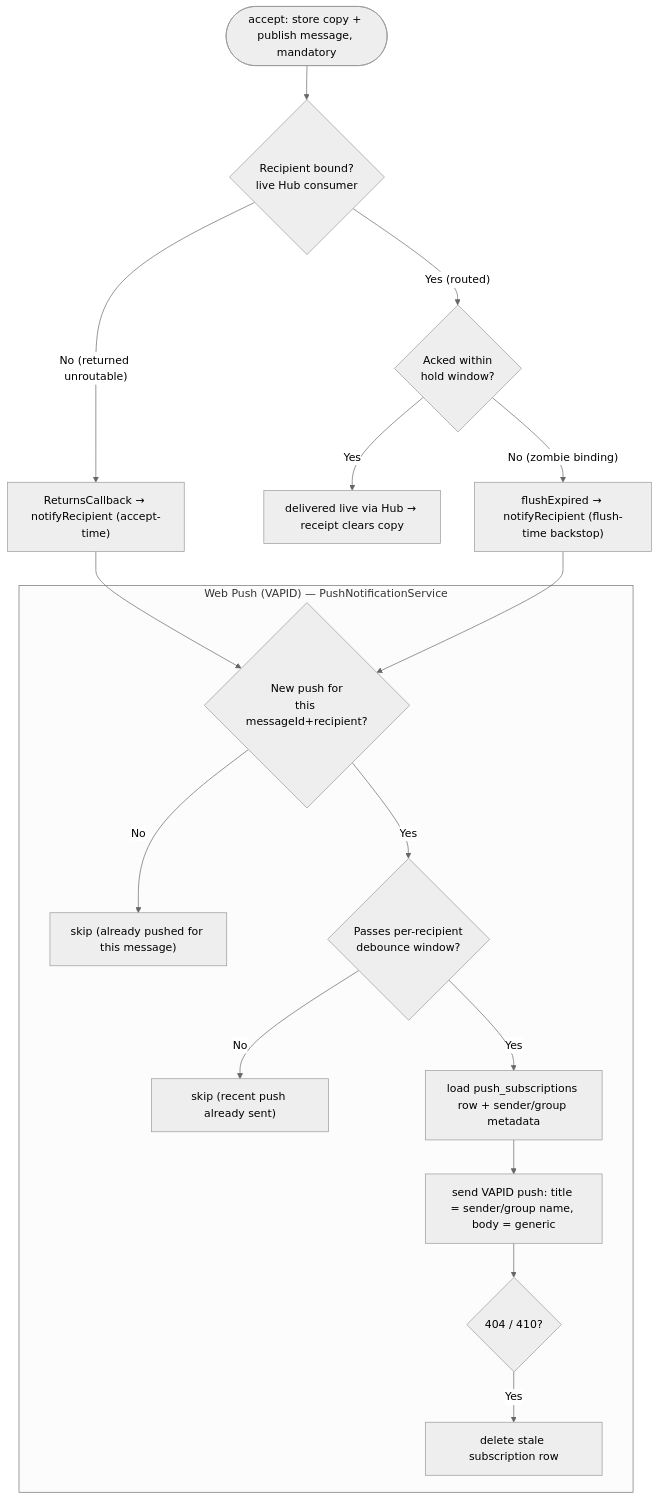
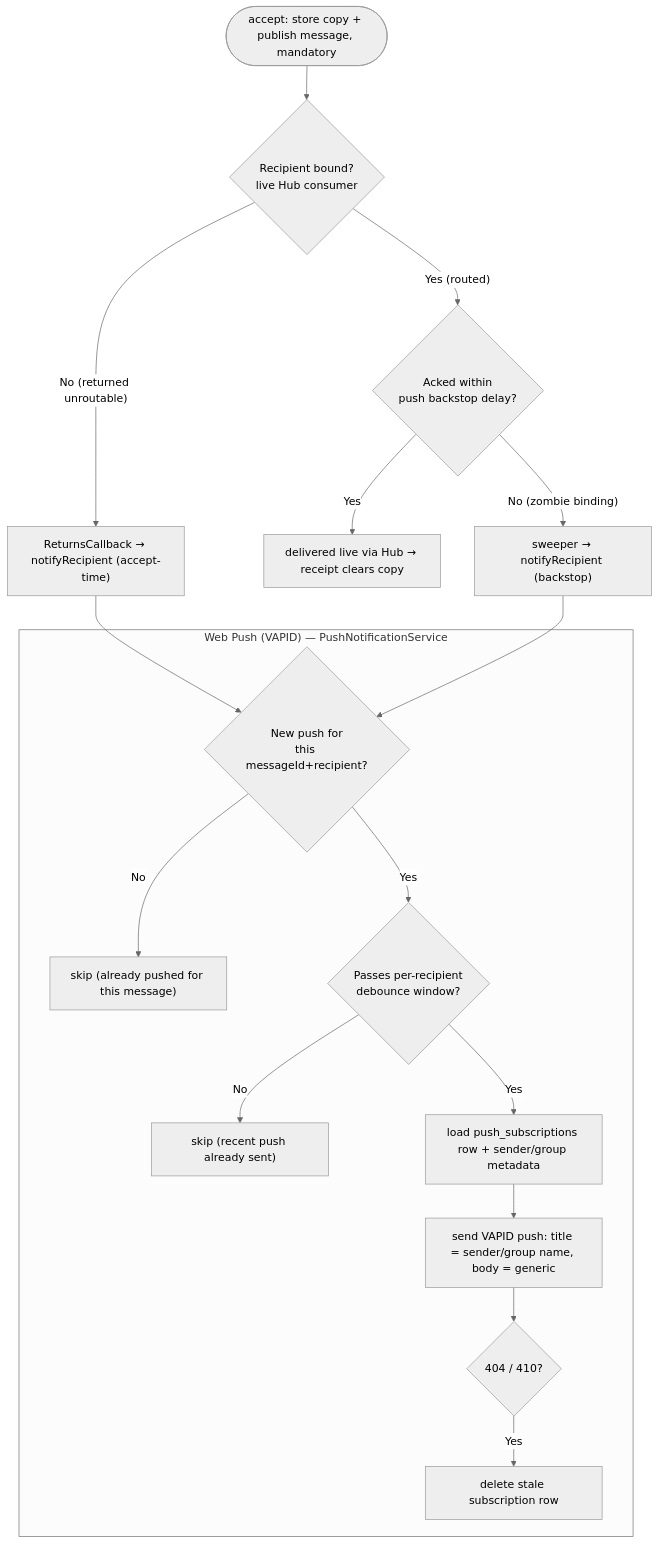
The fourth of 4 diagrams in doc/algorithms/messages-lifecycle.md (olshanskyev/fourletters-meta), drawn with Mermaid (neutral theme) before and after one commit. The commit also changed other lines of this file and 8 other files, not shown here.

````diff
--- a/doc/algorithms/messages-lifecycle.md
+++ b/doc/algorithms/messages-lifecycle.md
@@ -137,30 +140,30 @@
 ```mermaid
 flowchart TD
     Acc([accept: store copy + publish message, mandatory]) --> Route{Recipient bound?<br/>live Hub consumer}
-    Route -- "Yes (routed)" --> Zombie{Acked within<br/>hold window?}
+    Route -- "Yes (routed)" --> Zombie{Acked within<br/>push backstop delay?}
     Route -- "No (returned unroutable)" --> Notify["ReturnsCallback → notifyRecipient (accept-time)"]
     Zombie -- "Yes" --> Live["delivered live via Hub → receipt clears copy"]
-    Zombie -- "No (zombie binding)" --> FlushN["flushExpired → notifyRecipient (flush-time backstop)"]
+    Zombie -- "No (zombie binding)" --> BackN["sweeper → notifyRecipient (backstop)"]
 
     subgraph VAPID ["Web Push (VAPID) — PushNotificationService"]
         Dedup{New push for<br/>this messageId+recipient?}
         Skip1["skip (already pushed for this message)"]
         Debounce{Passes per-recipient<br/>debounce window?}
         Skip2["skip (recent push already sent)"]
         Lookup["load push_subscriptions row + sender/group metadata"]
         Send["send VAPID push: title = sender/group name, body = generic"]
         Stale{404 / 410?}
         Del["delete stale subscription row"]
 
         Dedup -- No --> Skip1
         Dedup -- Yes --> Debounce
         Debounce -- No --> Skip2
         Debounce -- Yes --> Lookup
         Lookup --> Send
         Send --> Stale
         Stale -- Yes --> Del
     end
 
     Notify --> Dedup
-    FlushN --> Dedup
+    BackN --> Dedup
 ```
````
